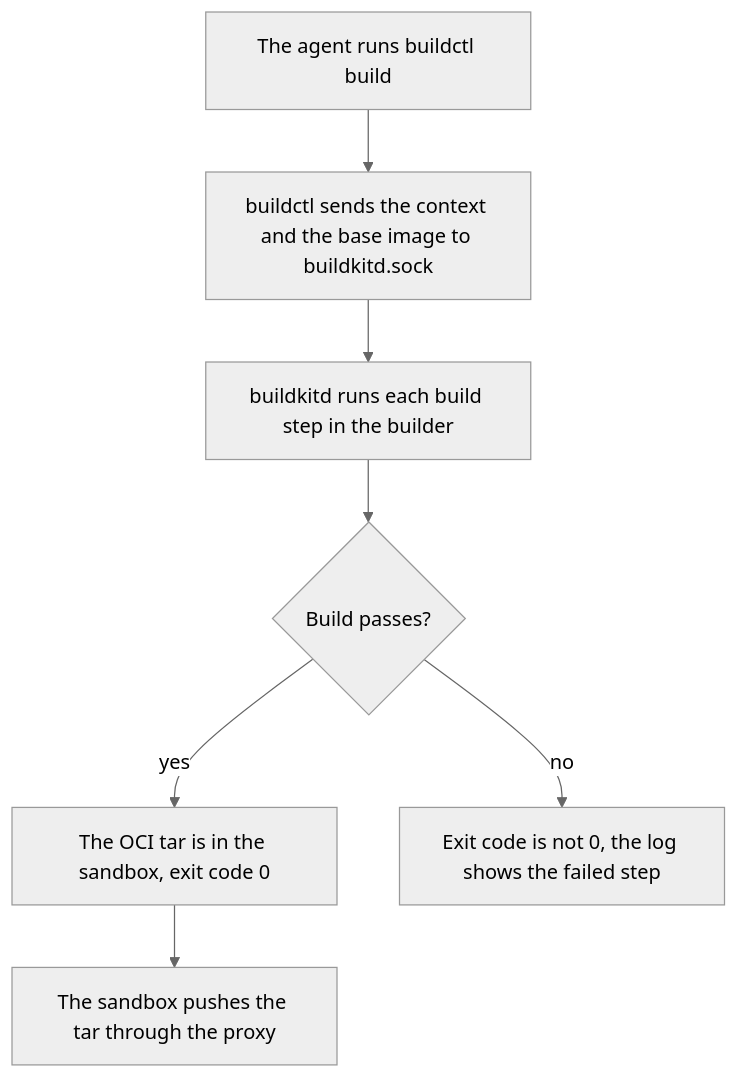
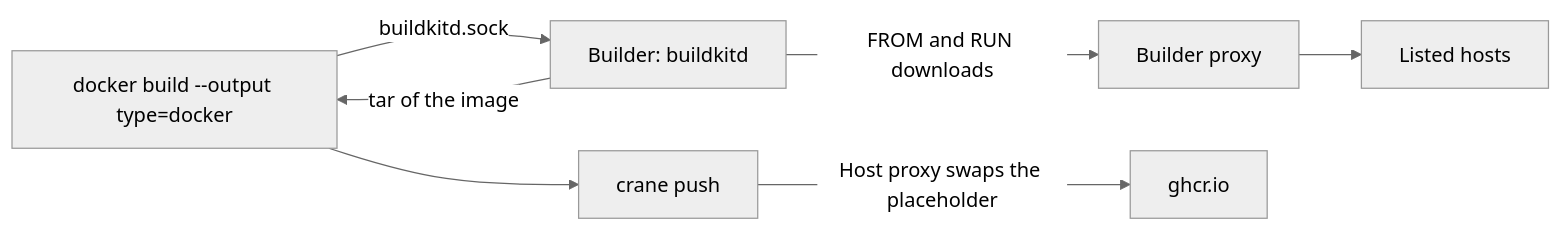
Before and after one commit to raghav19/engineersdaybook: the second of 2 diagrams in .sandbox/README.md, drawn with Mermaid (neutral theme). The commit also changed other lines of this file and 27 other files, not shown here.

First line of the commit message:
sandbox: build with docker and buildx, push with crane, through a builder proxy (#323)

````diff
--- a/.sandbox/README.md
+++ b/.sandbox/README.md
@@ -166,9 +76,7 @@
 ```mermaid
-flowchart TD
-    A["The agent runs buildctl build"] --> B["buildctl sends the context and the base image to buildkitd.sock"]
-    B --> C["buildkitd runs each build step in the builder"]
-    C --> D{"Build passes?"}
-    D -->|yes| E["The OCI tar is in the sandbox, exit code 0"]
-    D -->|no| F["Exit code is not 0, the log shows the failed step"]
-    E --> G["The sandbox pushes the tar through the proxy"]
+flowchart LR
+    D["docker build --output type=docker"] -->|buildkitd.sock| BK["Builder: buildkitd"]
+    BK -->|FROM and RUN downloads| BP["Builder proxy"] --> NET["Listed hosts"]
+    BK -->|tar of the image| D
+    D --> C["crane push"] -->|Host proxy swaps the placeholder| GH["ghcr.io"]
 ```
````
